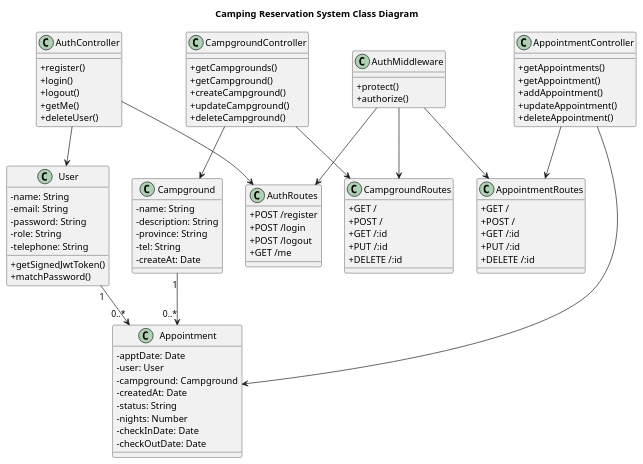
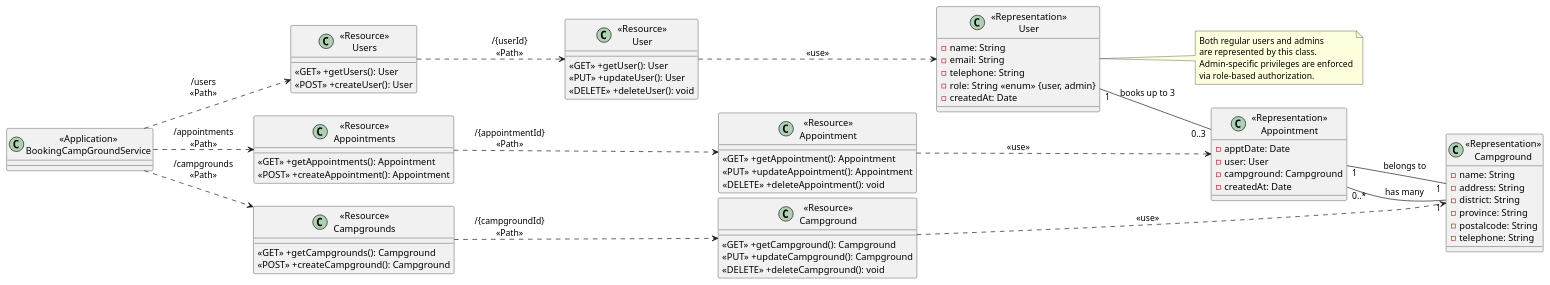
Before and after one commit to Thossatham/Campground_Backend: the diagram in ClassDiagram.puml, drawn with PlantUML. The commit also changed 1 other file, not shown here.

Commit message:
Config Class Diagram

```diff
--- a/ClassDiagram.puml
+++ b/ClassDiagram.puml
@@ -1,119 +1,92 @@
 @startuml
-skinparam classAttributeIconSize 0
+left to right direction
 
-' Title
-title Camping Reservation System Class Diagram
+' Application Service
+class "<<Application>>\nBookingCampGroundService" as BookingCampGroundService {}
 
-' Background (not directly supported in PlantUML, but we can focus on the structure)
-
-' User Model
-class User {
-  - name: String
-  - email: String
-  - password: String
-  - role: String
-  - telephone: String
-  + getSignedJwtToken()
-  + matchPassword()
+' Users Resources
+class "<<Resource>>\nUsers" as ResourceUsers {
+    <<GET>> +getUsers(): User
+    <<POST>> +createUser(): User
 }
 
-' Campground Model
-class Campground {
-  - name: String
-  - description: String
-  - province: String
-  - tel: String
-  - createAt: Date
+class "<<Resource>>\nUser" as ResourceUser {
+    <<GET>> +getUser(): User
+    <<PUT>> +updateUser(): User
+    <<DELETE>> +deleteUser(): void
 }
 
-' Appointment Model
-class Appointment {
-  - apptDate: Date
-  - user: User
-  - campground: Campground
-  - createdAt: Date
-  - status: String
-  - nights: Number
-  - checkInDate: Date
-  - checkOutDate: Date
+class "<<Representation>>\nUser" as RepresentationUser {
+    - name: String
+    - email: String
+    - telephone: String
+    - role: String <<enum>> {user, admin}
+    - createdAt: Date
 }
 
-' Relationships
-User "1" --> "0..*" Appointment
-Campground "1" --> "0..*" Appointment
+note right of RepresentationUser
+  Both regular users and admins
+  are represented by this class.
+  Admin-specific privileges are enforced
+  via role-based authorization.
+end note
 
-' AuthController
-class AuthController {
-  + register()
-  + login()
-  + logout()
-  + getMe()
-  + deleteUser()
+' Appointments Resources
+class "<<Resource>>\nAppointments" as ResourceAppointments {
+    <<GET>> +getAppointments(): Appointment
+    <<POST>> +createAppointment(): Appointment
 }
 
-' CampgroundController
-class CampgroundController {
-  + getCampgrounds()
-  + getCampground()
-  + createCampground()
-  + updateCampground()
-  + deleteCampground()
+class "<<Resource>>\nAppointment" as ResourceAppointment {
+    <<GET>> +getAppointment(): Appointment
+    <<PUT>> +updateAppointment(): Appointment
+    <<DELETE>> +deleteAppointment(): void
 }
 
-' AppointmentController
-class AppointmentController {
-  + getAppointments()
-  + getAppointment()
-  + addAppointment()
-  + updateAppointment()
-  + deleteAppointment()
+class "<<Representation>>\nAppointment" as RepresentationAppointment {
+    - apptDate: Date
+    - user: User
+    - campground: Campground
+    - createdAt: Date
 }
 
-' AuthRoutes
-class AuthRoutes {
-  + POST /register
-  + POST /login
-  + POST /logout
-  + GET /me
+' Campgrounds Resources
+class "<<Resource>>\nCampgrounds" as ResourceCampgrounds {
+    <<GET>> +getCampgrounds(): Campground
+    <<POST>> +createCampground(): Campground
 }
 
-' CampgroundRoutes
-class CampgroundRoutes {
-  + GET /
-  + POST /
-  + GET /:id
-  + PUT /:id
-  + DELETE /:id
+class "<<Resource>>\nCampground" as ResourceCampground {
+    <<GET>> +getCampground(): Campground
+    <<PUT>> +updateCampground(): Campground
+    <<DELETE>> +deleteCampground(): void
 }
 
-' AppointmentRoutes
-class AppointmentRoutes {
-  + GET /
-  + POST /
-  + GET /:id
-  + PUT /:id
-  + DELETE /:id
+class "<<Representation>>\nCampground" as RepresentationCampground {
+    - name: String
+    - address: String
+    - district: String
+    - province: String
+    - postalcode: String
+    - telephone: String
 }
 
-' Auth Middleware
-class AuthMiddleware {
-  + protect()
-  + authorize()
-}
+' Resource path relationships
+BookingCampGroundService ..> ResourceUsers : "/users\n<<Path>>"
+ResourceUsers ..> ResourceUser : "/{userId}\n<<Path>>"
+ResourceUser ..> RepresentationUser : "<<use>>"
 
-' Relationships between Controllers and Models
-AuthController --> User
-CampgroundController --> Campground
-AppointmentController --> Appointment
+BookingCampGroundService ..> ResourceAppointments : "/appointments\n<<Path>>"
+ResourceAppointments ..> ResourceAppointment : "/{appointmentId}\n<<Path>>"
+ResourceAppointment ..> RepresentationAppointment : "<<use>>"
 
-' Relationships between Controllers and Routes
-AuthController --> AuthRoutes
-CampgroundController --> CampgroundRoutes
-AppointmentController --> AppointmentRoutes
+BookingCampGroundService ..> ResourceCampgrounds : "/campgrounds\n<<Path>>"
+ResourceCampgrounds ..> ResourceCampground : "/{campgroundId}\n<<Path>>"
+ResourceCampground ..> RepresentationCampground : "<<use>>"
 
-' Middleware connections
-AuthMiddleware --> AuthRoutes
-AuthMiddleware --> CampgroundRoutes
-AuthMiddleware --> AppointmentRoutes
+' Relationships between representations (models)
+RepresentationUser "1" -- "0..3" RepresentationAppointment : "books up to 3"
+RepresentationAppointment "1" -- "1" RepresentationCampground : "belongs to"
+RepresentationCampground "1" -- "0..*" RepresentationAppointment : "has many"
 
 @enduml
```
